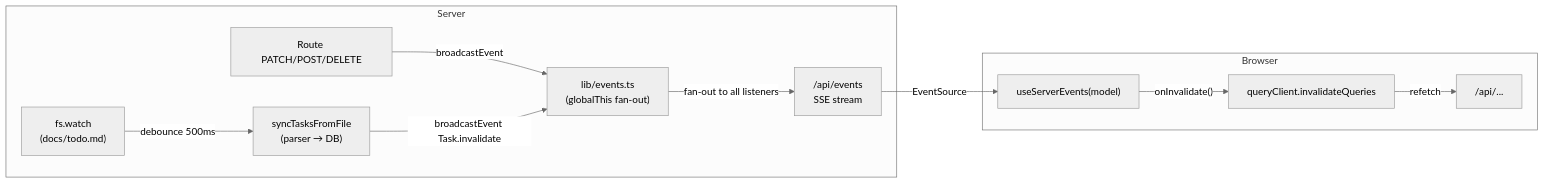
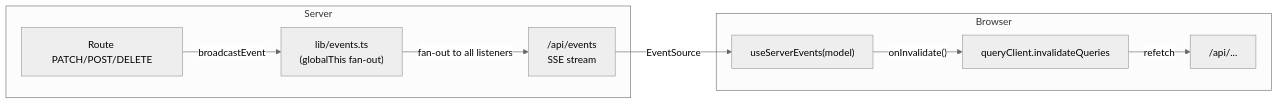
One commit to salsquared/mission-control changed the second of 9 diagrams in docs/architecture.md. Above: the diagram before and after it, drawn with Mermaid (neutral theme). The commit also changed other lines of this file and 34 other files, not shown here.

````diff
--- a/docs/architecture.md
+++ b/docs/architecture.md
@@ -474,14 +469,12 @@
 ```mermaid
 graph LR
     subgraph Server
         A["Route PATCH/POST/DELETE"] -->|broadcastEvent| B["lib/events.ts<br/>(globalThis fan-out)"]
-        W["fs.watch<br/>(docs/todo.md)"] -->|debounce 500ms| P["syncTasksFromFile<br/>(parser → DB)"]
-        P -->|broadcastEvent Task.invalidate| B
         B -->|fan-out to all listeners| SSE["/api/events<br/>SSE stream"]
     end
     subgraph Browser
         SSE -->|EventSource| H["useServerEvents(model)"]
         H -->|"onInvalidate()"| M["queryClient.invalidateQueries"]
         M -->|refetch| API["/api/..."]
     end
 ```
````
